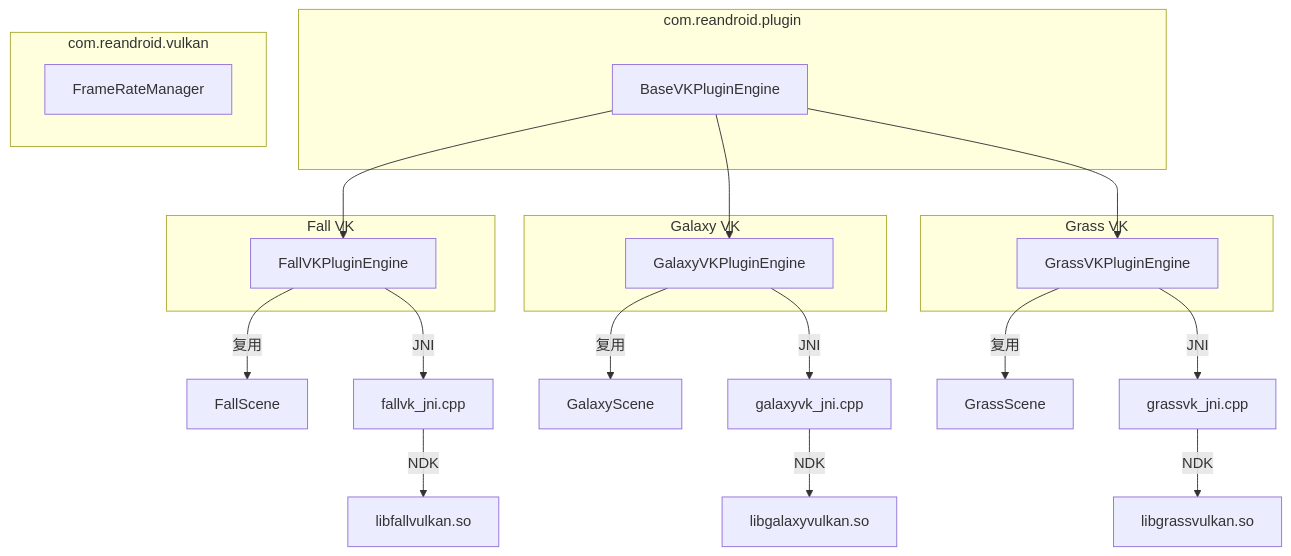
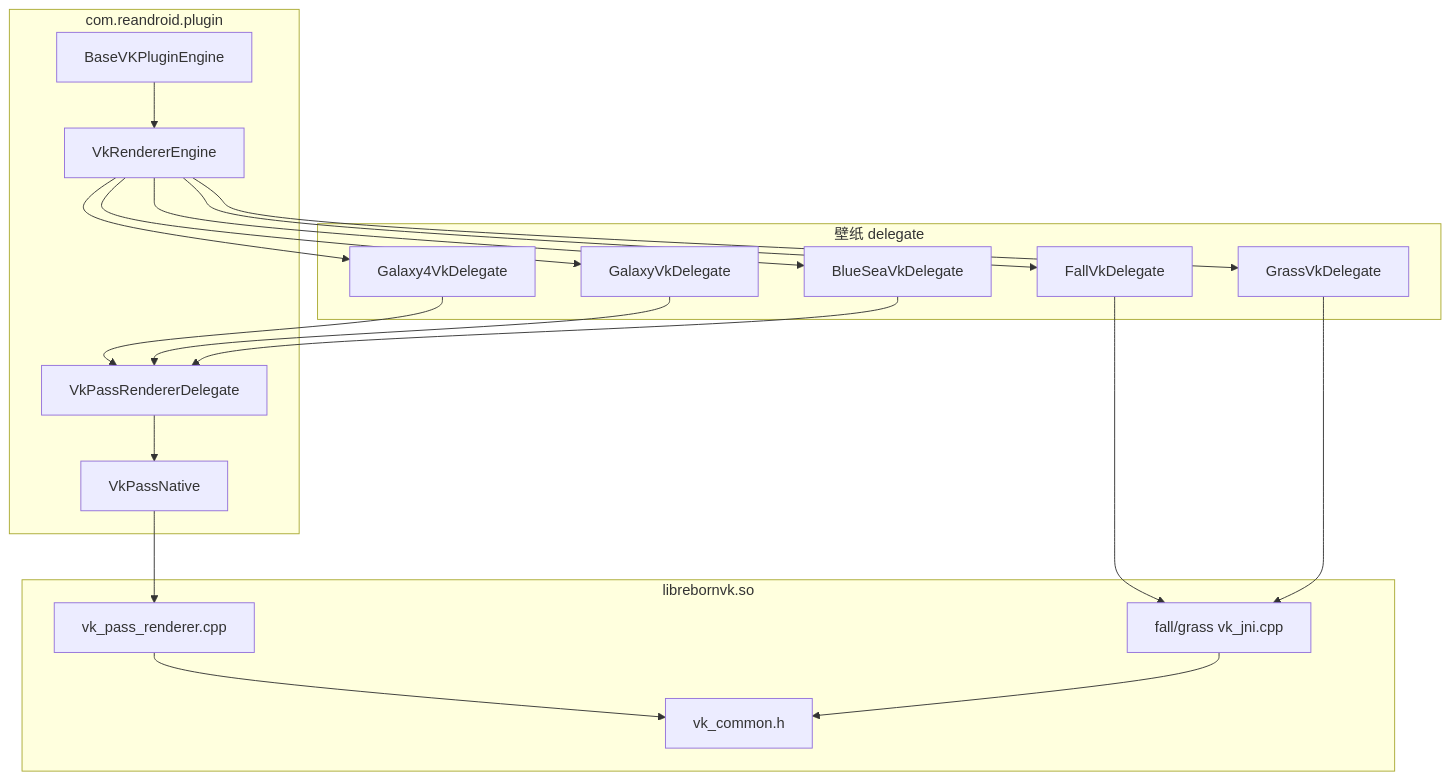
Before and after one commit to dynnbw/RE-Android-Live-Wallpapers: the third of 3 diagrams in ARCHITECTURE.md, drawn with Mermaid. The commit also changed other lines of this file and 1 other file, not shown here.

Commit message:
build: stop committing the Vulkan native binaries
The .so files are generated by ndk-build during preBuild; keep only the sources and document that jniLibs/ is build output.

````diff
--- a/ARCHITECTURE.md
+++ b/ARCHITECTURE.md
@@ -215,34 +217,37 @@
 ```mermaid
 graph TD
-    subgraph PLUGIN[com.reandroid.plugin]
-        VKP[BaseVKPluginEngine]
+    subgraph HOST[com.reandroid.plugin]
+        ENGINE[VkRendererEngine]
+        BASE[BaseVKPluginEngine]
+        PASS[VkPassRendererDelegate]
+        NPASS[VkPassNative]
     end
-    subgraph VULKAN[com.reandroid.vulkan]
-        FRAME[FrameRateManager]
+    subgraph WALL[壁纸 delegate]
+        G4[Galaxy4VkDelegate]
+        GAL[GalaxyVkDelegate]
+        BS[BlueSeaVkDelegate]
+        FALL[FallVkDelegate]
+        GRASS[GrassVkDelegate]
     end
-    subgraph FALL[Fall VK]
-        FALL_E[FallVKPluginEngine]
-    end
-    subgraph GALAXY[Galaxy VK]
-        GAL_E[GalaxyVKPluginEngine]
-    end
-    subgraph GRASS[Grass VK]
-        GRA_E[GrassVKPluginEngine]
+    subgraph NATIVE[librebornvk.so]
+        COMMON[vk_common.h]
+        PR[vk_pass_renderer.cpp]
+        OLD[fall/grass vk_jni.cpp]
     end
 
-    VKP --> FALL_E
-    VKP --> GAL_E
-    VKP --> GRA_E
-
-    FALL_E -->|复用| FallScene
-    GAL_E -->|复用| GalaxyScene
-    GRA_E -->|复用| GrassScene
-
-    FALL_E -->|JNI| FALL_JNI[fallvk_jni.cpp]
-    GAL_E -->|JNI| GAL_JNI[galaxyvk_jni.cpp]
-    GRA_E -->|JNI| GRA_JNI[grassvk_jni.cpp]
-
-    FALL_JNI -->|NDK| FALL_SO[libfallvulkan.so]
-    GAL_JNI -->|NDK| GAL_SO[libgalaxyvulkan.so]
-    GRA_JNI -->|NDK| GRA_SO[libgrassvulkan.so]
+    BASE --> ENGINE
+    ENGINE --> G4
+    ENGINE --> GAL
+    ENGINE --> BS
+    ENGINE --> FALL
+    ENGINE --> GRASS
+    G4 --> PASS
+    GAL --> PASS
+    BS --> PASS
+    PASS --> NPASS
+    NPASS --> PR
+    FALL --> OLD
+    GRASS --> OLD
+    PR --> COMMON
+    OLD --> COMMON
 ```
````
